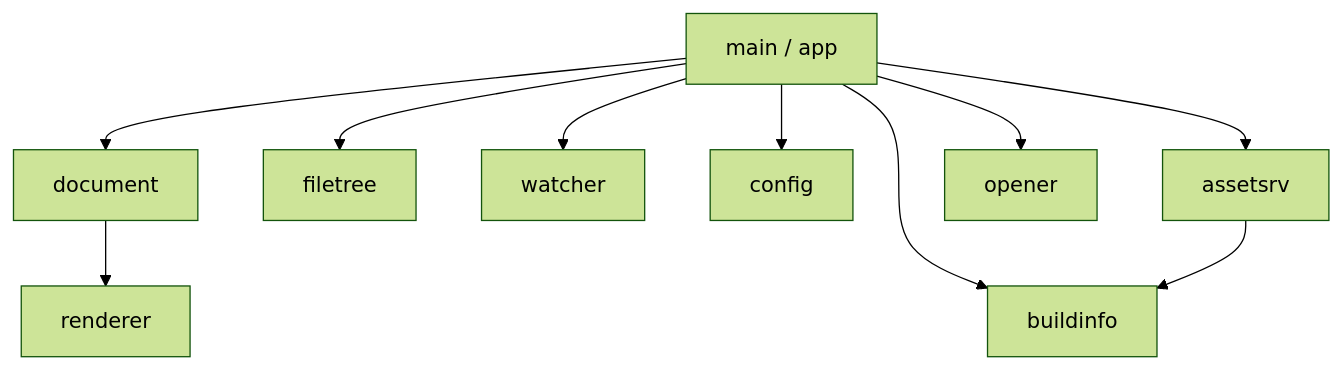
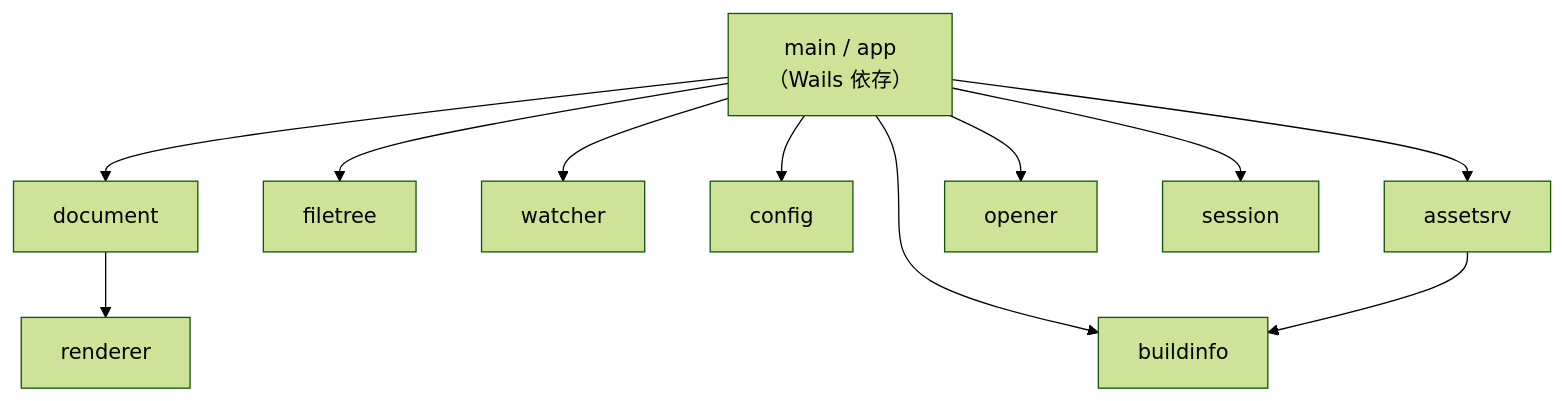
Before and after one commit to kznagamori/go_MarkView: the diagram in docs/specs/10-impl-overview.md, drawn with Mermaid (forest theme). The commit also changed other lines of this file and 5 other files, not shown here.

````diff
--- a/docs/specs/10-impl-overview.md
+++ b/docs/specs/10-impl-overview.md
@@ -98,12 +103,13 @@
 ```mermaid
 flowchart TD
-    MAIN["main / app"] --> DOC["document"]
+    MAIN["main / app<br/>（Wails 依存）"] --> DOC["document"]
     MAIN --> TREE["filetree"]
     MAIN --> WATCH["watcher"]
     MAIN --> CFG["config"]
     MAIN --> ASSET["assetsrv"]
     MAIN --> OPEN["opener"]
     MAIN --> BI["buildinfo"]
+    MAIN --> SESS["session"]
     DOC --> REND["renderer"]
     ASSET --> BI
 ```
````
